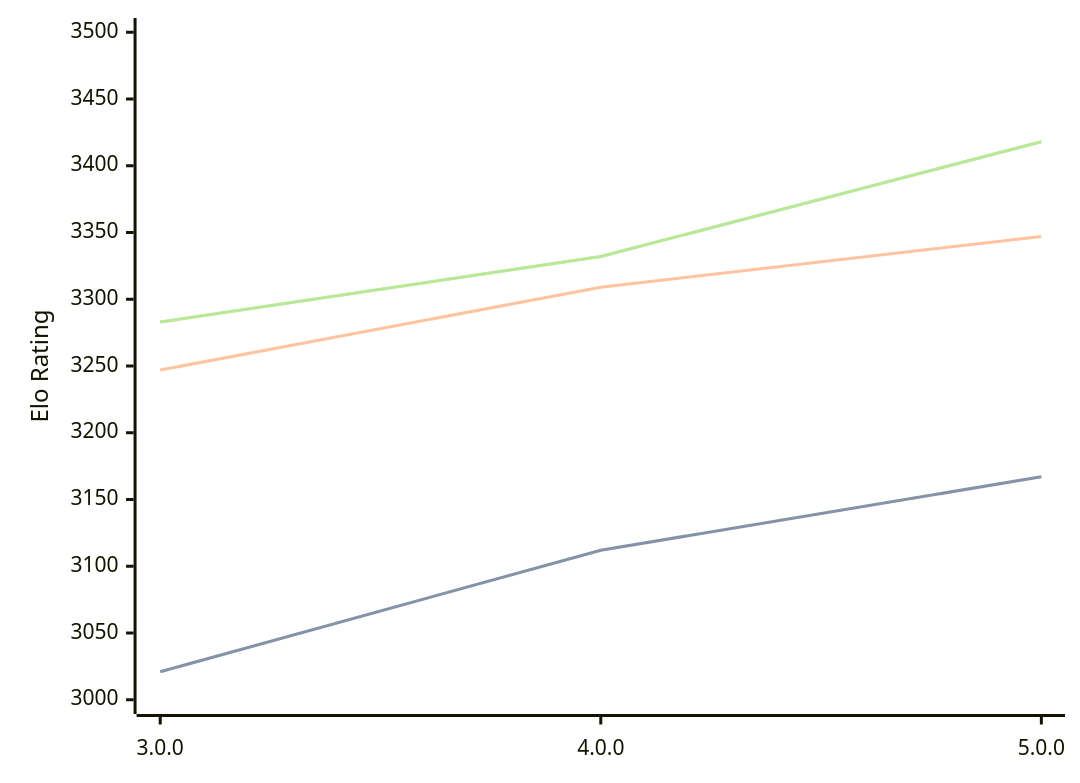
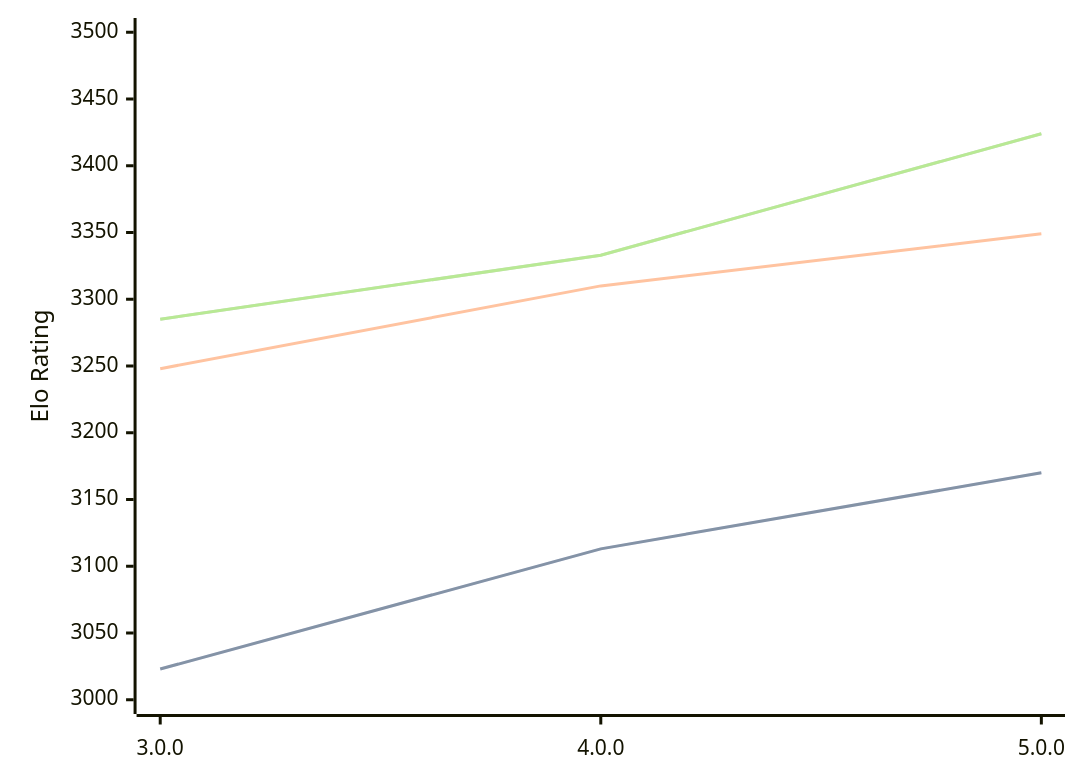
Before and after one commit to computer-chess-index/cci: the diagram in engines/Minke.md, drawn with Mermaid. The commit also changed other lines of this file, not shown here.

Commit message:
Update CCI Ratings (ELO VLTC) - 2026-02-20

````diff
--- a/engines/Minke.md
+++ b/engines/Minke.md
@@ -32,11 +32,11 @@
 ```mermaid
 %%{init: {"theme":"base","themeVariables":{"seriesColors:['#a3a3a3','#222221','#faa371']}}}%%
 xychart-beta
   x-axis ["3.0.0", "4.0.0", "5.0.0"]
   y-axis "Elo Rating" 3000 --> 3500
-  line "STC (8.0+0.08s)" [3021, 3112, 3167]
-  line "STC (8.0+0.08s)" [3021, 3112, 3167]
-  line "LTC (60.0+0.60s)" [3247, 3309, 3347]
-  line "VLTC (2m24s+1.12s)" [3283, 3332, 3418]
-  line "VLTC (2m24s+1.12s)" [3283, 3332, 3418]
+  line "STC (8.0+0.08s)" [3023, 3113, 3170]
+  line "STC (8.0+0.08s)" [3023, 3113, 3170]
+  line "LTC (60.0+0.60s)" [3248, 3310, 3349]
+  line "VLTC (2m24s+1.12s)" [3285, 3333, 3424]
+  line "VLTC (2m24s+1.12s)" [3285, 3333, 3424]
 ```
````
